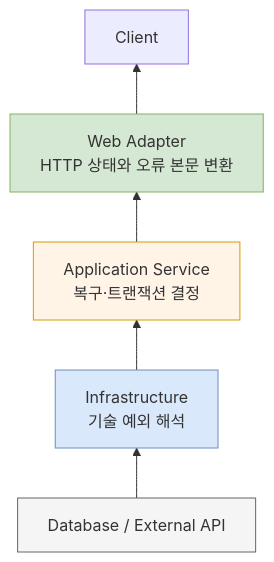
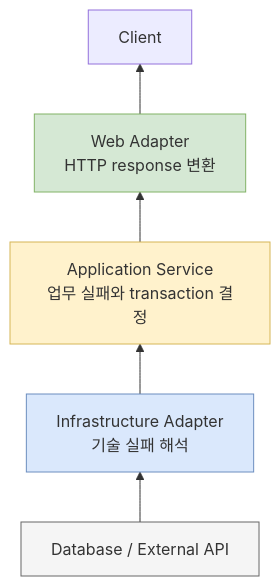
Before and after one commit to inchangson/inchangson.github.io: the second of 2 diagrams in src/content/posts/about-exception.md, drawn with Mermaid. The commit also changed other lines of this file and 4 other files, not shown here.

````diff
--- a/src/content/posts/about-exception.md
+++ b/src/content/posts/about-exception.md
@@ -29,12 +81,12 @@
 ```mermaid
 flowchart BT
-    DB["Database / External API"] --> INFRA["Infrastructure<br/>기술 예외 해석"]
-    INFRA --> APP["Application Service<br/>복구·트랜잭션 결정"]
-    APP --> WEB["Web Adapter<br/>HTTP 상태와 오류 본문 변환"]
+    DB["Database / External API"] --> INFRA["Infrastructure Adapter<br/>기술 실패 해석"]
+    INFRA --> APP["Application Service<br/>업무 실패와 transaction 결정"]
+    APP --> WEB["Web Adapter<br/>HTTP response 변환"]
     WEB --> CLIENT["Client"]
 
     style DB fill:#f5f5f5,stroke:#666666
     style INFRA fill:#dae8fc,stroke:#6c8ebf
-    style APP fill:#fff4e6,stroke:#d79b00
+    style APP fill:#fff2cc,stroke:#d6b656
     style WEB fill:#d5e8d4,stroke:#82b366
 ```
````
